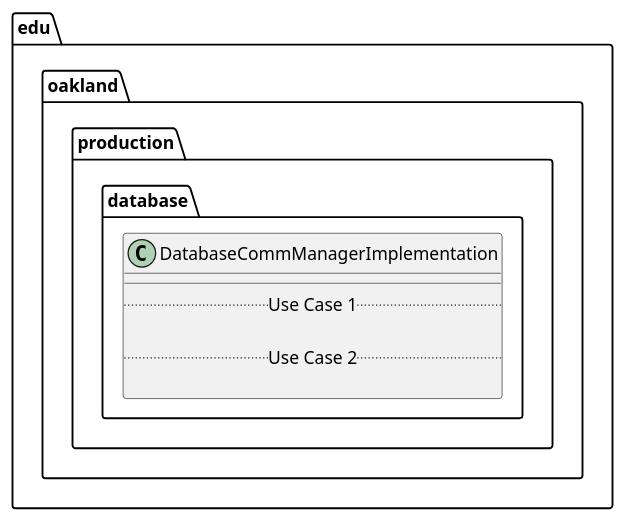
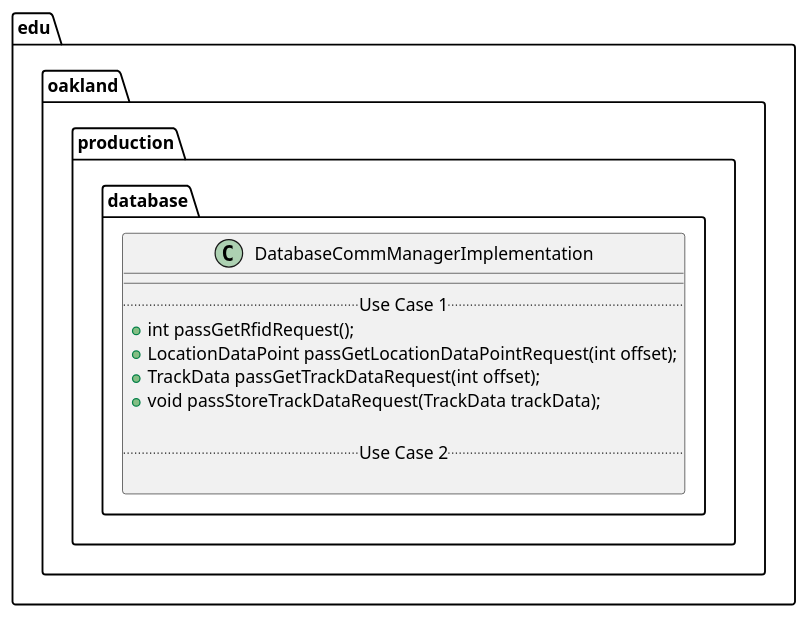
One commit to andrewdimmer/csi-3370-software-project changed the diagram in docs/uml-class-diagrams/database/production/DatabaseCommManagerImplementation/DatabaseCommManagerImplementation.puml. Above: the diagram before and after it, drawn with PlantUML. The commit also changed 3 other files, not shown here.

```diff
--- a/docs/uml-class-diagrams/database/production/DatabaseCommManagerImplementation/DatabaseCommManagerImplementation.puml
+++ b/docs/uml-class-diagrams/database/production/DatabaseCommManagerImplementation/DatabaseCommManagerImplementation.puml
@@ -1,13 +1,17 @@
 @startuml DatabaseCommManagerImplementation
 
 package edu.oakland.production.database {
     class DatabaseCommManagerImplementation {
         __
         .. Use Case 1 ..
+        + int passGetRfidRequest();
+        + LocationDataPoint passGetLocationDataPointRequest(int offset);
+        + TrackData passGetTrackDataRequest(int offset);
+        + void passStoreTrackDataRequest(TrackData trackData);
 
         .. Use Case 2 ..
 
     }
 }
 
 @enduml
```
